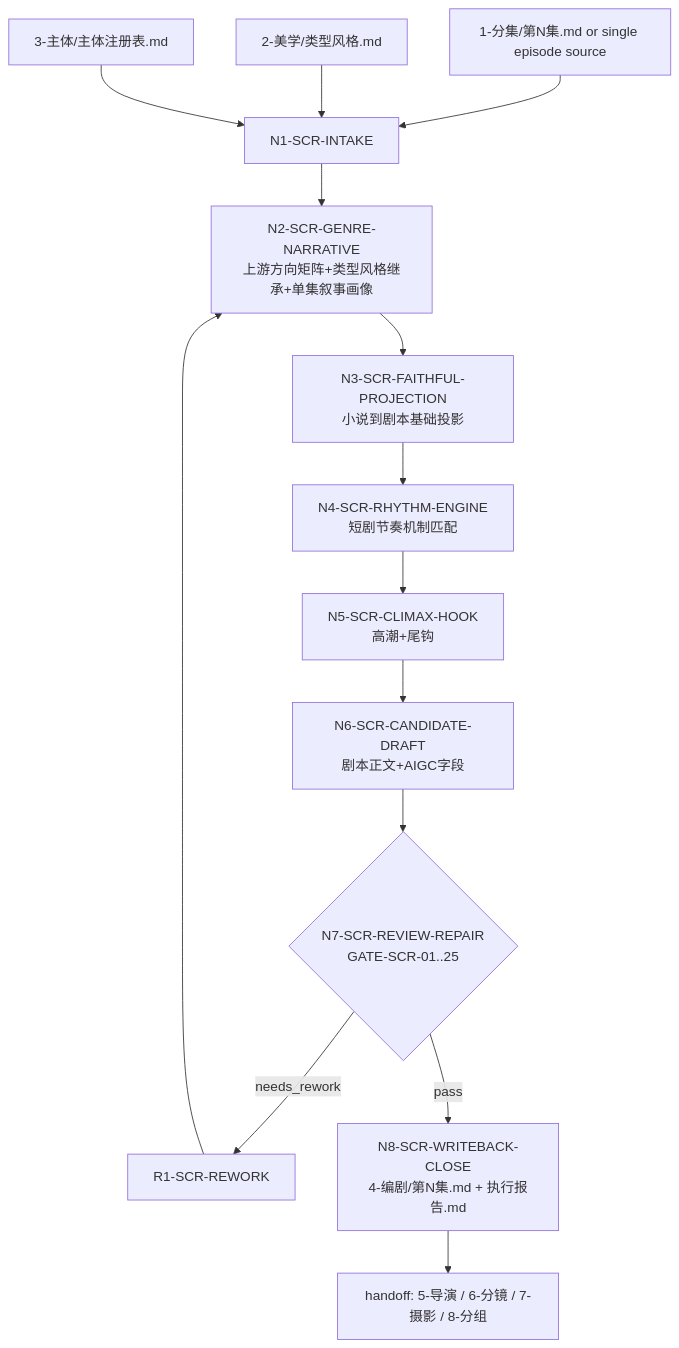
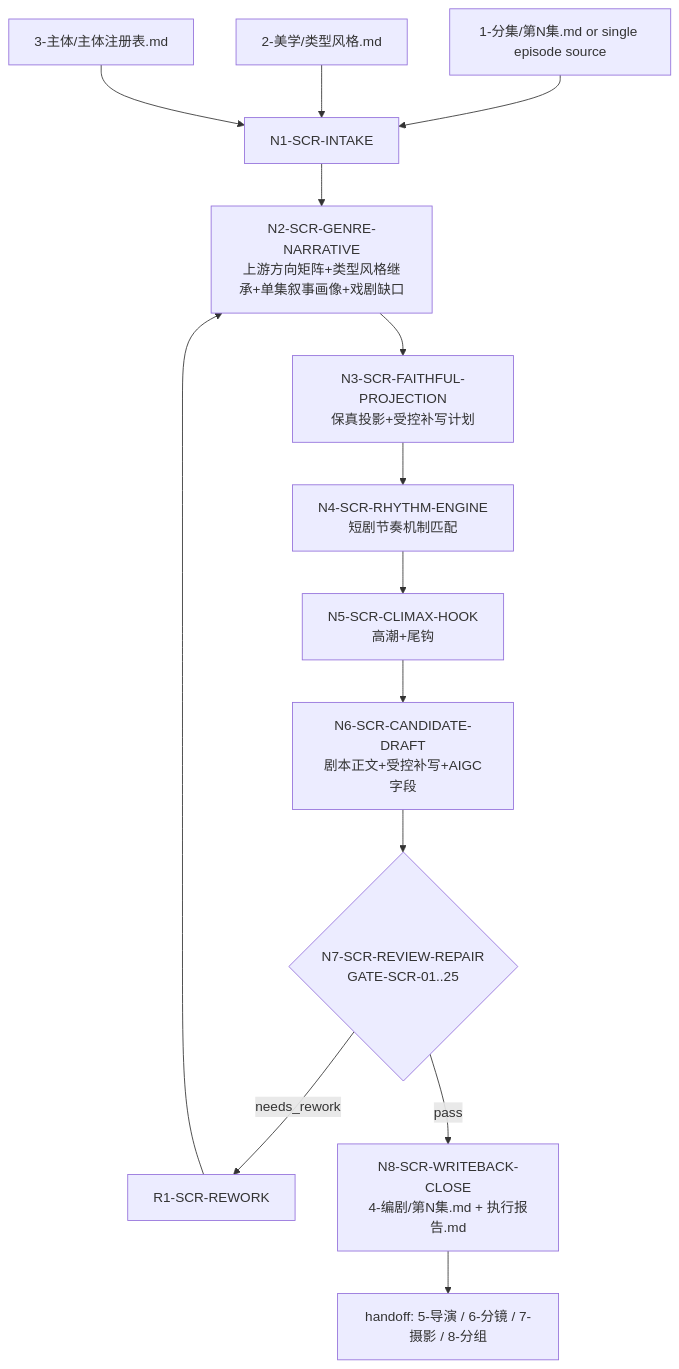
One commit to ZEN-VOID/AI-CUT changed the diagram in .agents/skills/aigc/4-编剧/SKILL.md. Above: the diagram before and after it, drawn with Mermaid. The commit also changed other lines of this file and 49 other files, not shown here.

````diff
--- a/.agents/skills/aigc/4-编剧/SKILL.md
+++ b/.agents/skills/aigc/4-编剧/SKILL.md
@@ -352,16 +465,16 @@
 ```mermaid
 flowchart TD
     A["1-分集/第N集.md or single episode source"] --> B["N1-SCR-INTAKE"]
     T["2-美学/类型风格.md"] --> B
     S["3-主体/主体注册表.md"] --> B
-    B --> C["N2-SCR-GENRE-NARRATIVE\n上游方向矩阵+类型风格继承+单集叙事画像"]
-    C --> D["N3-SCR-FAITHFUL-PROJECTION\n小说到剧本基础投影"]
+    B --> C["N2-SCR-GENRE-NARRATIVE\n上游方向矩阵+类型风格继承+单集叙事画像+戏剧缺口"]
+    C --> D["N3-SCR-FAITHFUL-PROJECTION\n保真投影+受控补写计划"]
     D --> E["N4-SCR-RHYTHM-ENGINE\n短剧节奏机制匹配"]
     E --> F["N5-SCR-CLIMAX-HOOK\n高潮+尾钩"]
-    F --> G["N6-SCR-CANDIDATE-DRAFT\n剧本正文+AIGC字段"]
+    F --> G["N6-SCR-CANDIDATE-DRAFT\n剧本正文+受控补写+AIGC字段"]
     G --> H{"N7-SCR-REVIEW-REPAIR\nGATE-SCR-01..25"}
     H -->|"needs_rework"| R["R1-SCR-REWORK"]
     R --> C
     H -->|"pass"| I["N8-SCR-WRITEBACK-CLOSE\n4-编剧/第N集.md + 执行报告.md"]
     I --> J["handoff: 5-导演 / 6-分镜 / 7-摄影 / 8-分组"]
 ```
````
